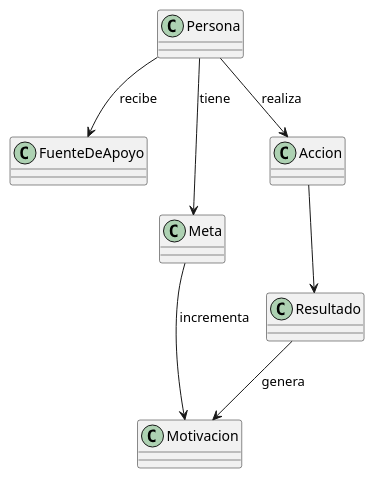
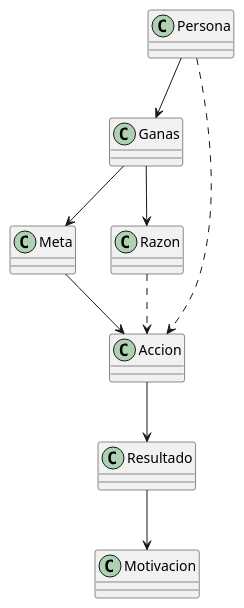
The diagram in entregas/lopesBrenda/Ejercicio003/MotivacionClases.puml (mmasias/24-25-IdSw1), drawn with PlantUML before and after one commit. The commit also changed 4 other files, not shown here.

```diff
--- a/entregas/lopesBrenda/Ejercicio003/MotivacionClases.puml
+++ b/entregas/lopesBrenda/Ejercicio003/MotivacionClases.puml
@@ -1,28 +1,33 @@
 @startuml
 
 class Persona {
-}
-
-class FuenteDeApoyo {
 }
 
 class Meta {
 }
 
 class Motivacion {
 }
 
+class Ganas {
+}
+
+class Razon {
+}
+
 class Accion {
 }
 
 class Resultado {
 }
 
-Persona --> FuenteDeApoyo : recibe
-Persona --> Meta : tiene
-Persona --> Accion : realiza
+Persona --> Ganas 
+Persona -[dashed]-> Accion
+Ganas --> Meta  
+Ganas --> Razon  
 Accion --> Resultado 
-Resultado --> Motivacion : genera
-Meta --> Motivacion : incrementa
+Resultado --> Motivacion 
+Meta --> Accion 
+Razon -[dashed]-> Accion
 
 @enduml
```
